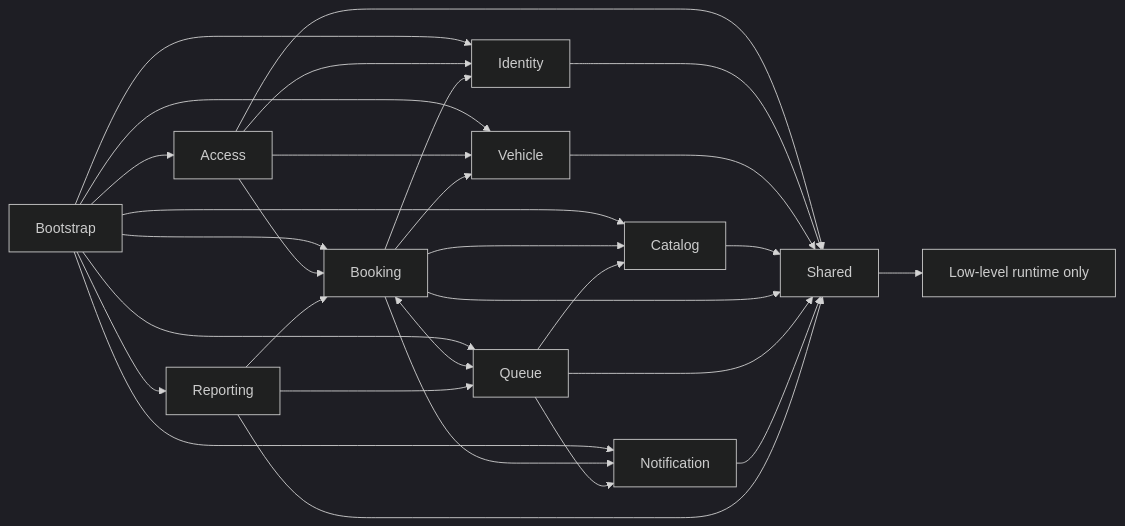
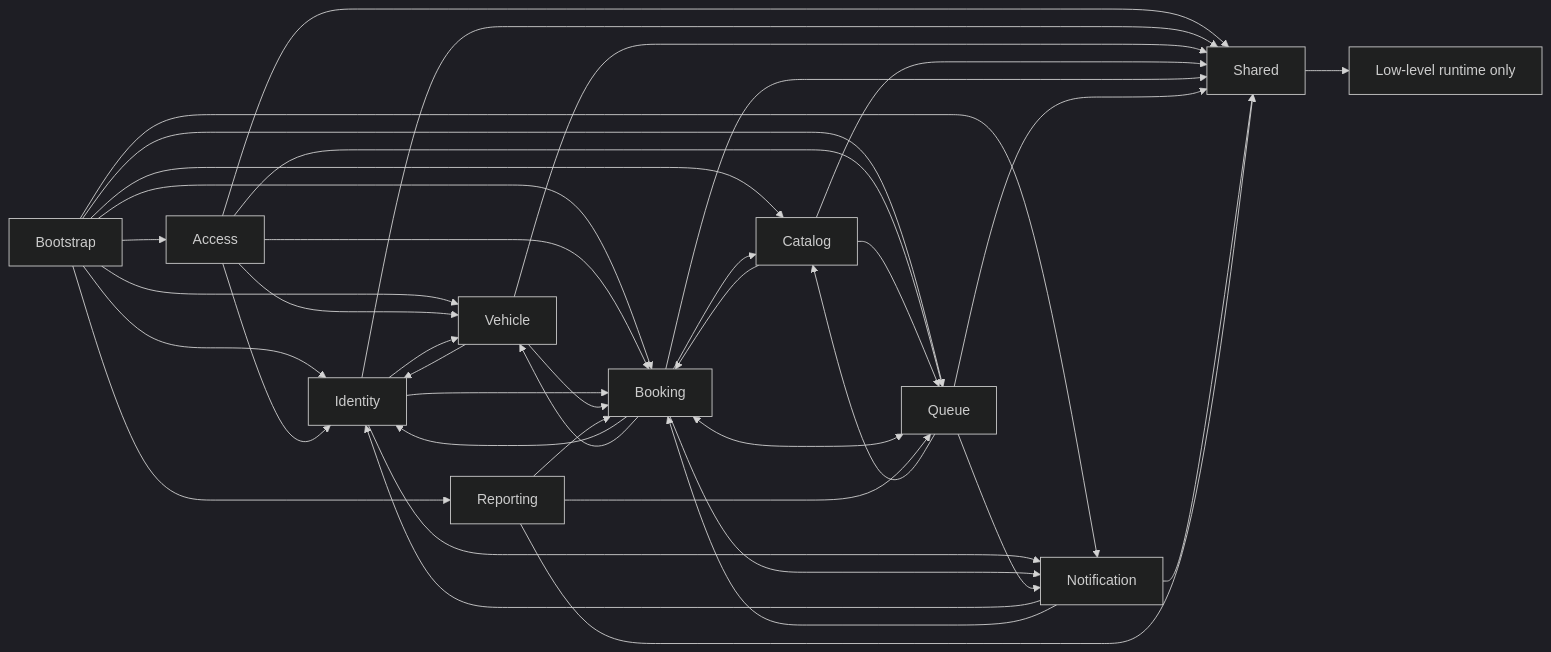
One commit to ongeziwe17/carwash-booking-queue-system changed the second of 2 diagrams in documentation/ARCHITECTURE.md. Above: the diagram before and after it, drawn with Mermaid (dark theme). The commit also changed other lines of this file and 113 other files, not shown here.

````diff
--- a/documentation/ARCHITECTURE.md
+++ b/documentation/ARCHITECTURE.md
@@ -35,32 +37,42 @@
 ```mermaid
 flowchart LR
     Bootstrap --> Access
     Bootstrap --> Identity
     Bootstrap --> Vehicle
     Bootstrap --> Catalog
     Bootstrap --> Booking
     Bootstrap --> Queue
     Bootstrap --> Notification
     Bootstrap --> Reporting
     Access --> Identity
     Access --> Vehicle
     Access --> Booking
+    Access --> Queue
+    Identity --> Vehicle
+    Identity --> Booking
+    Identity --> Notification
+    Vehicle --> Identity
+    Vehicle --> Booking
+    Catalog --> Booking
+    Catalog --> Queue
     Booking --> Identity
     Booking --> Vehicle
     Booking --> Catalog
     Booking <--> Queue
     Booking --> Notification
     Queue --> Catalog
     Queue --> Notification
+    Notification --> Identity
+    Notification --> Booking
     Reporting --> Booking
     Reporting --> Queue
     Shared --> Runtime[Low-level runtime only]
     Access --> Shared
     Identity --> Shared
     Vehicle --> Shared
     Catalog --> Shared
     Booking --> Shared
     Queue --> Shared
     Notification --> Shared
     Reporting --> Shared
 ```
````
